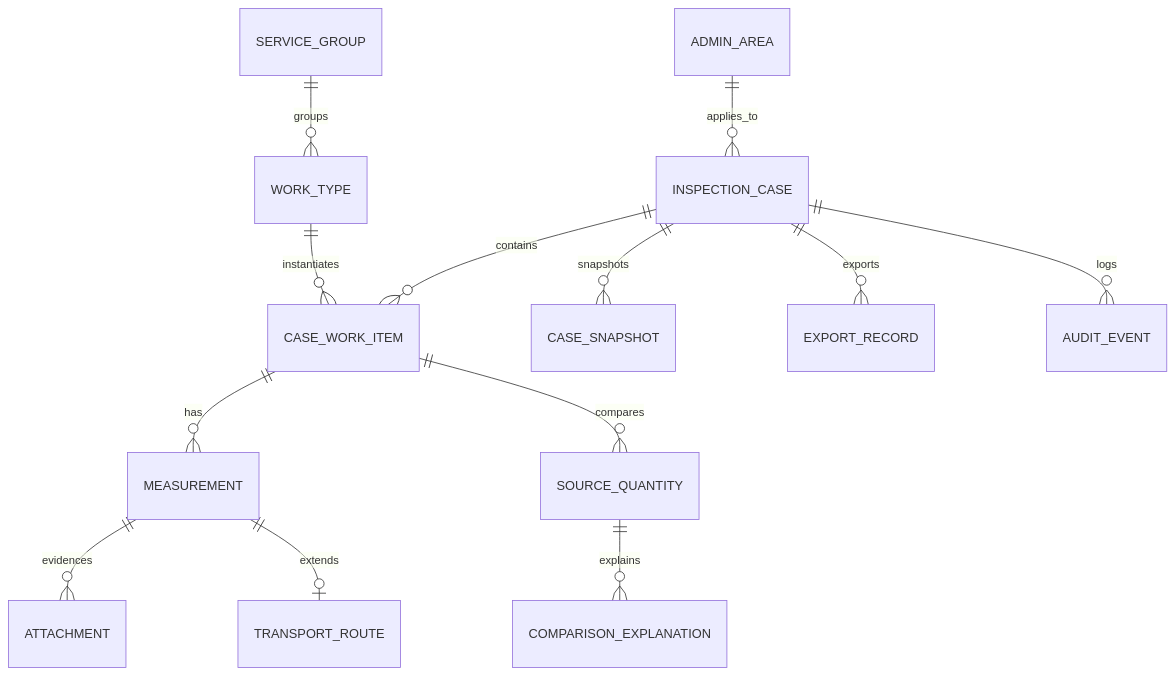
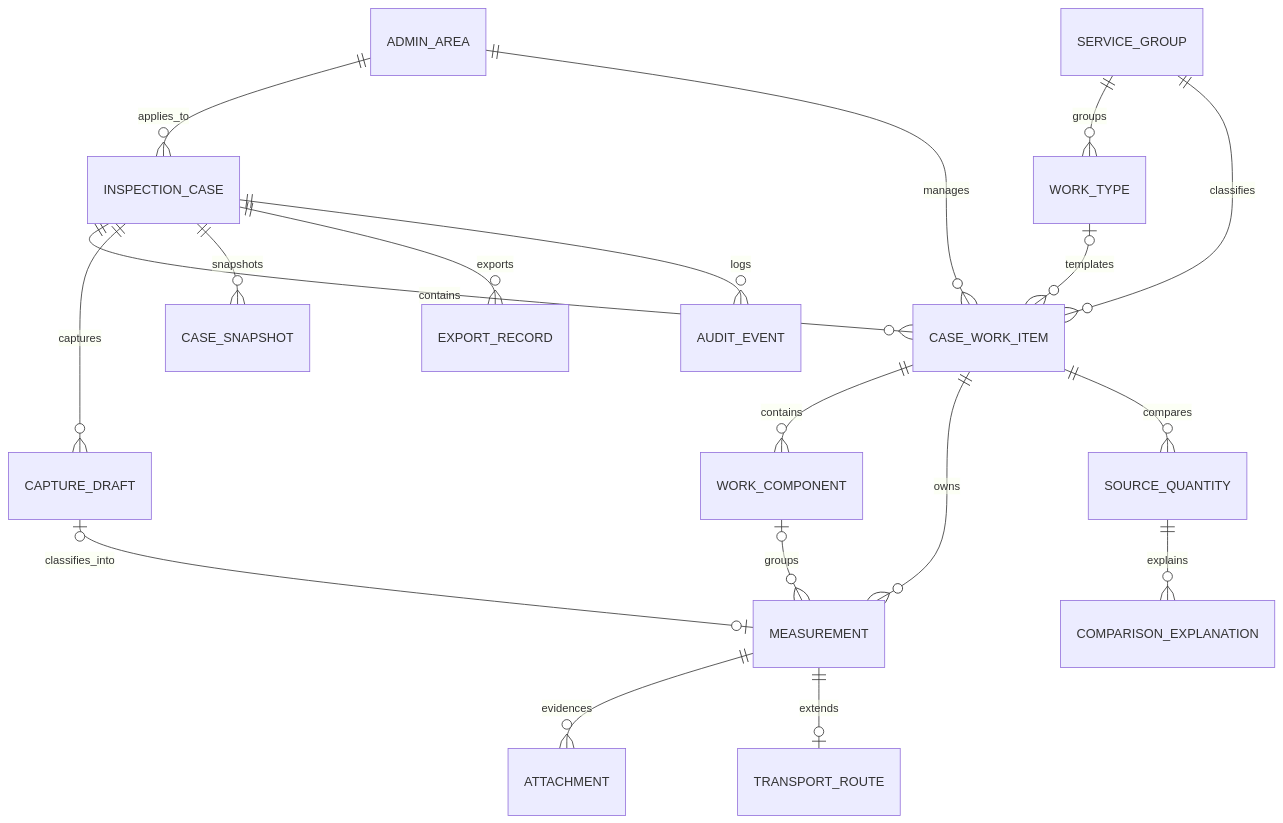
One commit to thanhsonla/dovethanhtra changed the diagram in docs/03_DATA_MODEL.md. Above: the diagram before and after it, drawn with Mermaid. The commit also changed other lines of this file and 10 other files, not shown here.

````diff
--- a/docs/03_DATA_MODEL.md
+++ b/docs/03_DATA_MODEL.md
@@ -13,15 +13,21 @@
 ```mermaid
 erDiagram
   ADMIN_AREA ||--o{ INSPECTION_CASE : applies_to
+  ADMIN_AREA ||--o{ CASE_WORK_ITEM : manages
   INSPECTION_CASE ||--o{ CASE_WORK_ITEM : contains
+  INSPECTION_CASE ||--o{ CAPTURE_DRAFT : captures
   SERVICE_GROUP ||--o{ WORK_TYPE : groups
-  WORK_TYPE ||--o{ CASE_WORK_ITEM : instantiates
-  CASE_WORK_ITEM ||--o{ MEASUREMENT : has
+  SERVICE_GROUP ||--o{ CASE_WORK_ITEM : classifies
+  WORK_TYPE o|--o{ CASE_WORK_ITEM : templates
+  CASE_WORK_ITEM ||--o{ WORK_COMPONENT : contains
+  CASE_WORK_ITEM ||--o{ MEASUREMENT : owns
+  WORK_COMPONENT o|--o{ MEASUREMENT : groups
+  CAPTURE_DRAFT o|--o| MEASUREMENT : classifies_into
   MEASUREMENT ||--o{ ATTACHMENT : evidences
   MEASUREMENT ||--o| TRANSPORT_ROUTE : extends
   CASE_WORK_ITEM ||--o{ SOURCE_QUANTITY : compares
   SOURCE_QUANTITY ||--o{ COMPARISON_EXPLANATION : explains
   INSPECTION_CASE ||--o{ CASE_SNAPSHOT : snapshots
   INSPECTION_CASE ||--o{ EXPORT_RECORD : exports
   INSPECTION_CASE ||--o{ AUDIT_EVENT : logs
 ```
````
